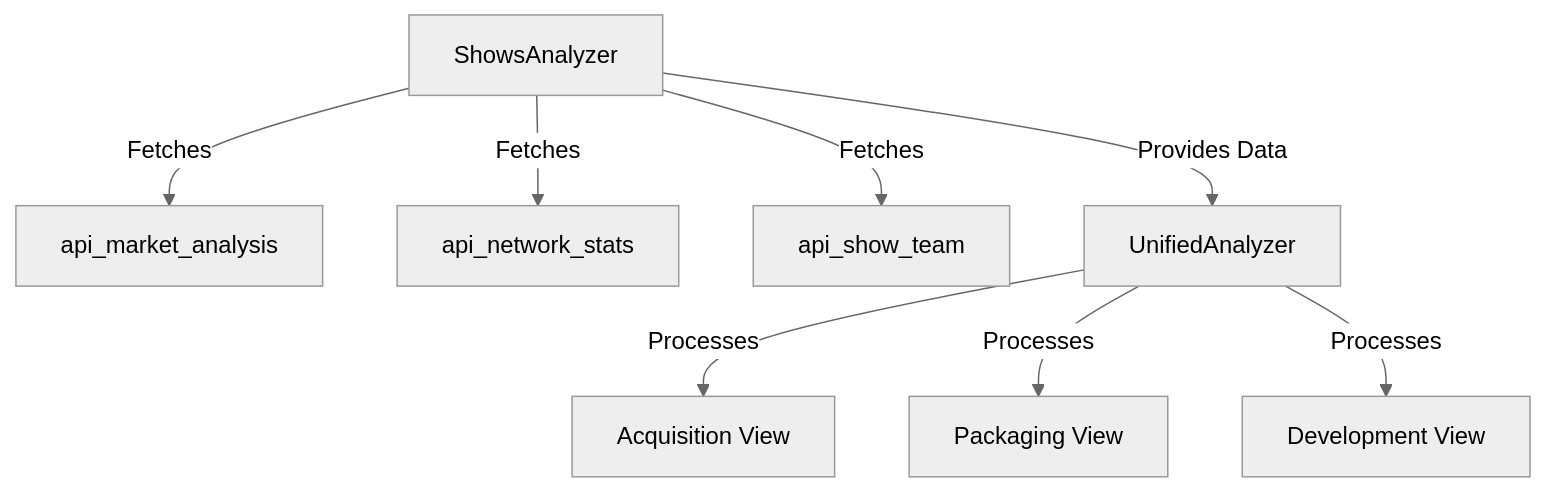
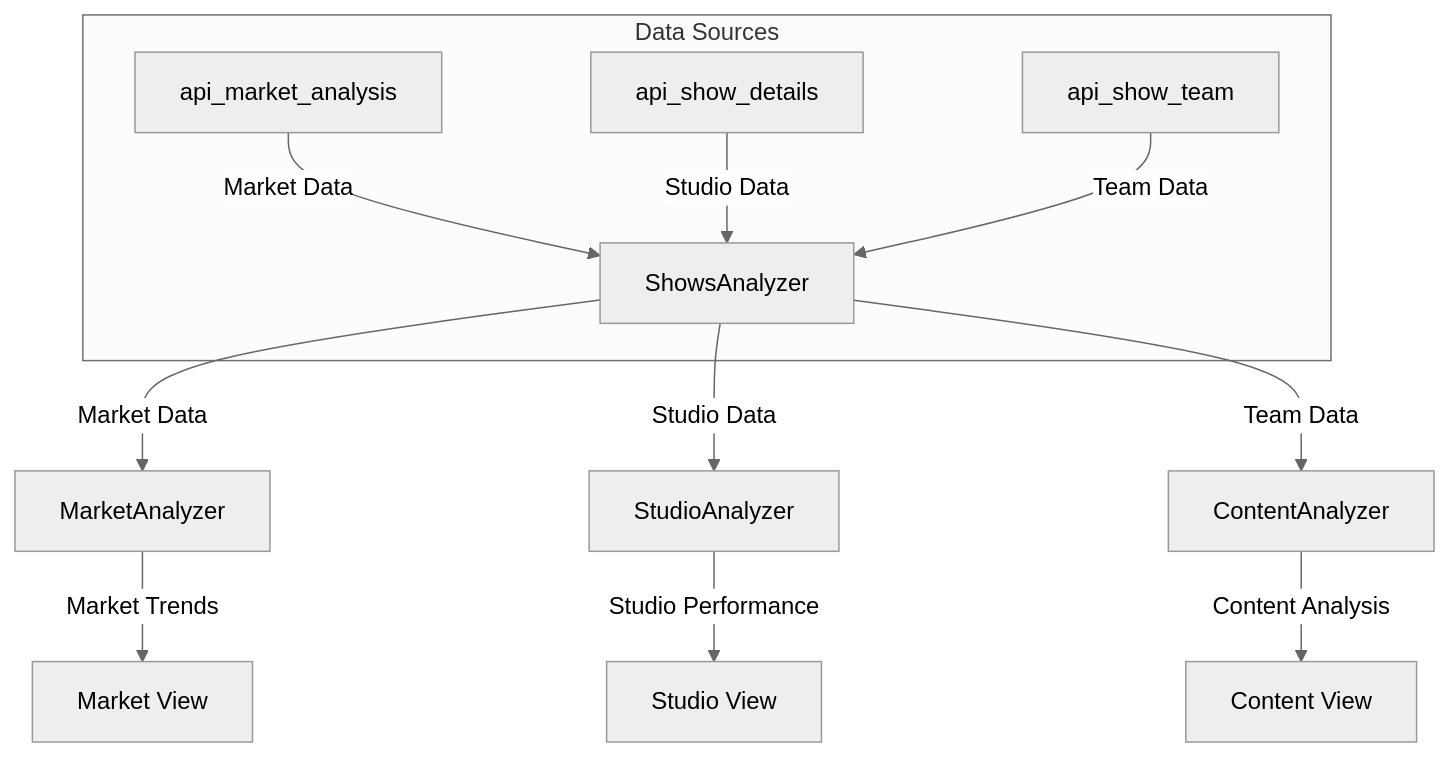
The diagram in docs/proposals/content_analysis_migration.md (Logan1brown/GoogleDB), drawn with Mermaid (neutral theme) before and after one commit. The commit also changed other lines of this file and 17 other files, not shown here.

````diff
--- a/docs/proposals/content_analysis_migration.md
+++ b/docs/proposals/content_analysis_migration.md
@@ -56,10 +52,15 @@
 ```mermaid
 graph TD
-    A[ShowsAnalyzer] -->|Fetches| B1[api_market_analysis]
-    A -->|Fetches| B2[api_network_stats]
-    A -->|Fetches| B3[api_show_team]
-    A -->|Provides Data| C[UnifiedAnalyzer]
-    C -->|Processes| D1[Acquisition View]
-    C -->|Processes| D2[Packaging View]
-    C -->|Processes| D3[Development View]
+    A[ShowsAnalyzer] -->|Market Data| B1[MarketAnalyzer]
+    A -->|Studio Data| B2[StudioAnalyzer]
+    A -->|Team Data| B3[ContentAnalyzer]
+    B1 -->|Market Trends| C1[Market View]
+    B2 -->|Studio Performance| C2[Studio View]
+    B3 -->|Content Analysis| C3[Content View]
+    
+    subgraph Data Sources
+        D1[api_market_analysis] -->|Market Data| A
+        D2[api_show_details] -->|Studio Data| A
+        D3[api_show_team] -->|Team Data| A
+    end
 ```
````
